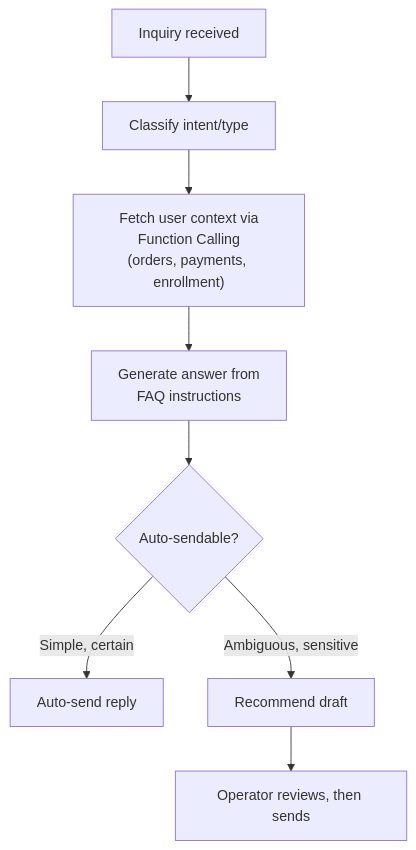
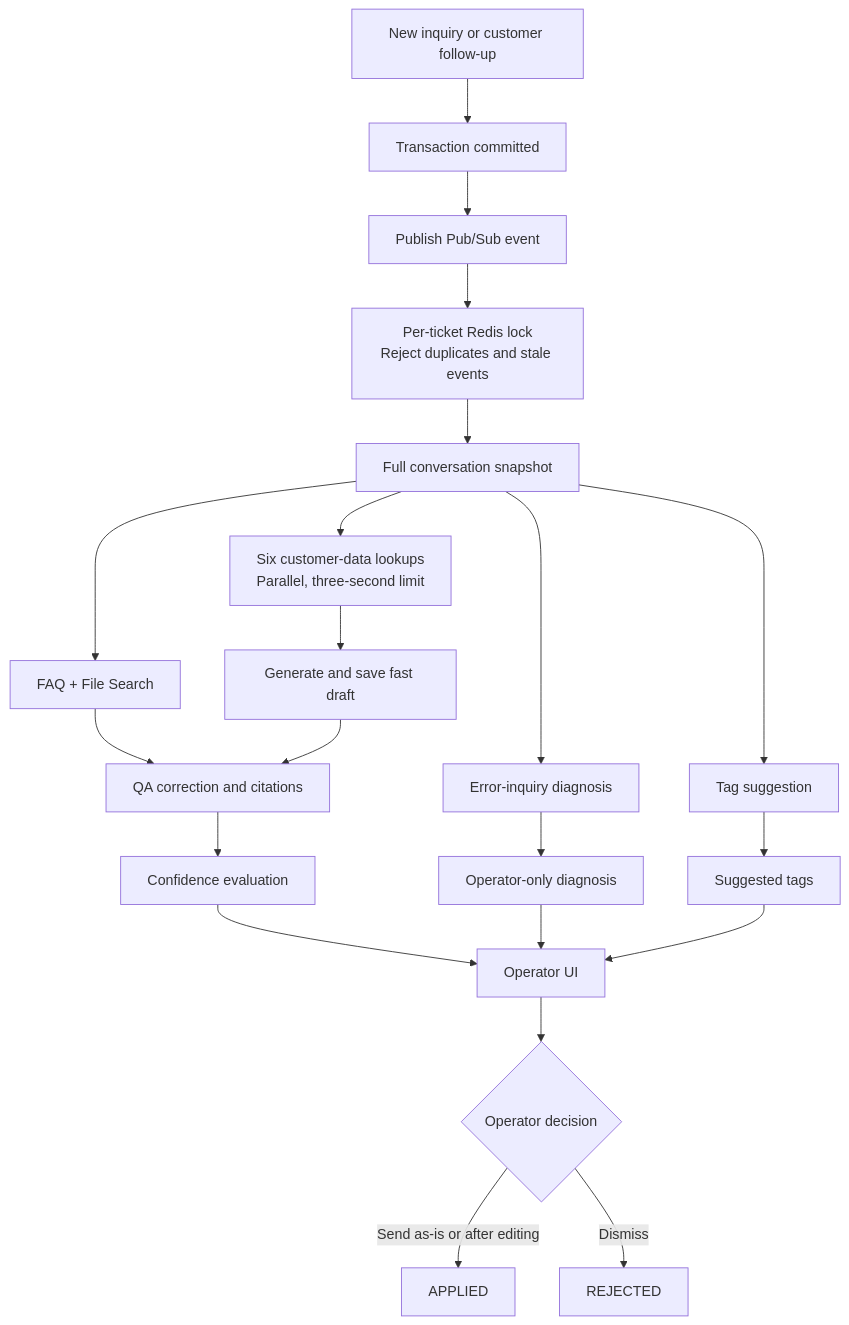
One commit to devy1540/devy1540.github.io changed the diagram in content/posts/en/spring-ai-cs-automation.md. Above: the diagram before and after it, drawn with Mermaid. The commit also changed other lines of this file and 1 other file, not shown here.

````diff
--- a/content/posts/en/spring-ai-cs-automation.md
+++ b/content/posts/en/spring-ai-cs-automation.md
@@ -34,10 +31,23 @@
 ```mermaid
 flowchart TB
-    A["Inquiry received"] --> B["Classify intent/type"]
-    B --> C["Fetch user context via<br/>Function Calling<br/>(orders, payments, enrollment)"]
-    C --> D["Generate answer from<br/>FAQ instructions"]
-    D --> E{"Auto-sendable?"}
-    E -->|"Simple, certain"| F["Auto-send reply"]
-    E -->|"Ambiguous, sensitive"| G["Recommend draft"]
-    G --> H["Operator reviews, then sends"]
+    A["New inquiry or customer follow-up"] --> B["Transaction committed"]
+    B --> C["Publish Pub/Sub event"]
+    C --> D["Per-ticket Redis lock<br/>Reject duplicates and stale events"]
+    D --> E["Full conversation snapshot"]
+    E --> F["Six customer-data lookups<br/>Parallel, three-second limit"]
+    E --> G["FAQ + File Search"]
+    E --> H["Error-inquiry diagnosis"]
+    E --> I["Tag suggestion"]
+    F --> J["Generate and save fast draft"]
+    G --> K["QA correction and citations"]
+    J --> K
+    K --> L["Confidence evaluation"]
+    H --> M["Operator-only diagnosis"]
+    I --> N["Suggested tags"]
+    L --> O["Operator UI"]
+    M --> O
+    N --> O
+    O --> P{"Operator decision"}
+    P -->|"Send as-is or after editing"| Q["APPLIED"]
+    P -->|"Dismiss"| R["REJECTED"]
 ```
````
